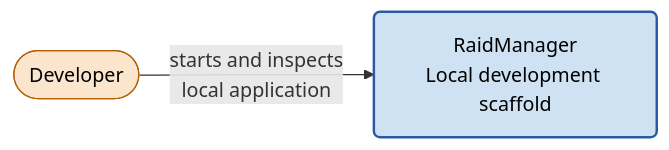
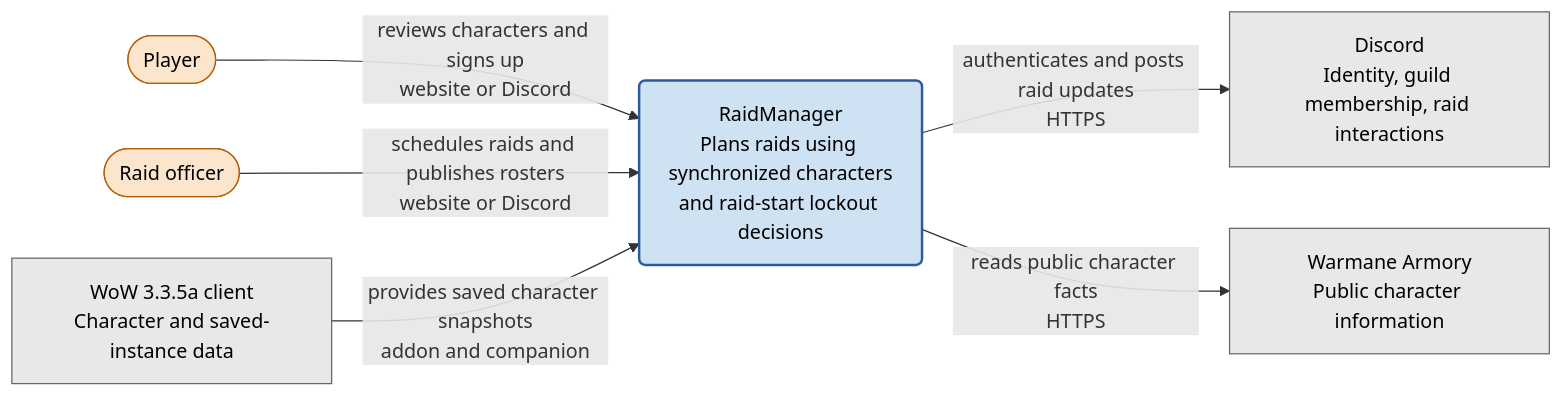
One commit to AnnabiGihed/RaidManager changed the diagram in docs/diagrams/context.mmd. Above: the diagram before and after it, drawn with Mermaid. The commit also changed 69 other files, not shown here.

First line of the commit message:
docs: add version 1 visual guide with UML and C4 diagrams (#3)

```diff
--- a/docs/diagrams/context.mmd
+++ b/docs/diagrams/context.mmd
@@ -1,11 +1,20 @@
 flowchart LR
-    developer([Developer])
-    raidmanager(RaidManager<br/>Local development scaffold)
+    player([Player])
+    officer([Raid officer])
+    raidmanager(RaidManager<br/>Plans raids using synchronized characters<br/>and raid-start lockout decisions)
+    discord[Discord<br/>Identity, guild membership, raid interactions]
+    wow[WoW 3.3.5a client<br/>Character and saved-instance data]
+    armory[Warmane Armory<br/>Public character information]
 
-    developer -->|starts and inspects<br/>local application| raidmanager
+    player -->|reviews characters and signs up<br/>website or Discord| raidmanager
+    officer -->|schedules raids and publishes rosters<br/>website or Discord| raidmanager
+    raidmanager -->|authenticates and posts raid updates<br/>HTTPS| discord
+    wow -->|provides saved character snapshots<br/>addon and companion| raidmanager
+    raidmanager -->|reads public character facts<br/>HTTPS| armory
 
     classDef person   fill:#fce5cd,stroke:#b45f06,stroke-width:1px,color:#000
     classDef system   fill:#cfe2f3,stroke:#2c5aa0,stroke-width:2px,color:#000
-
-    class developer person
+    classDef external fill:#e8e8e8,stroke:#666,stroke-width:1px,color:#000
+    class player,officer person
     class raidmanager system
+    class discord,wow,armory external
```
